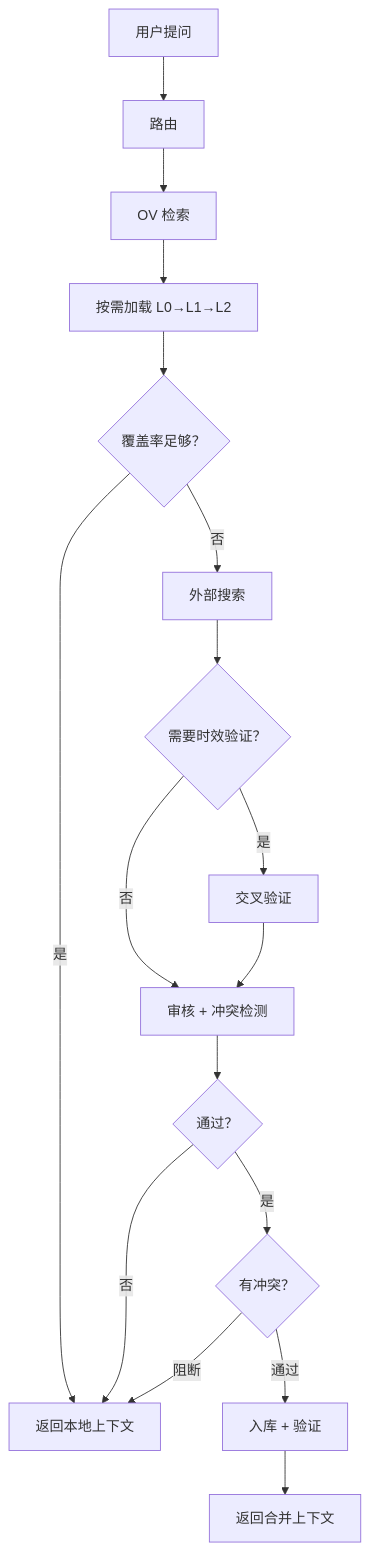
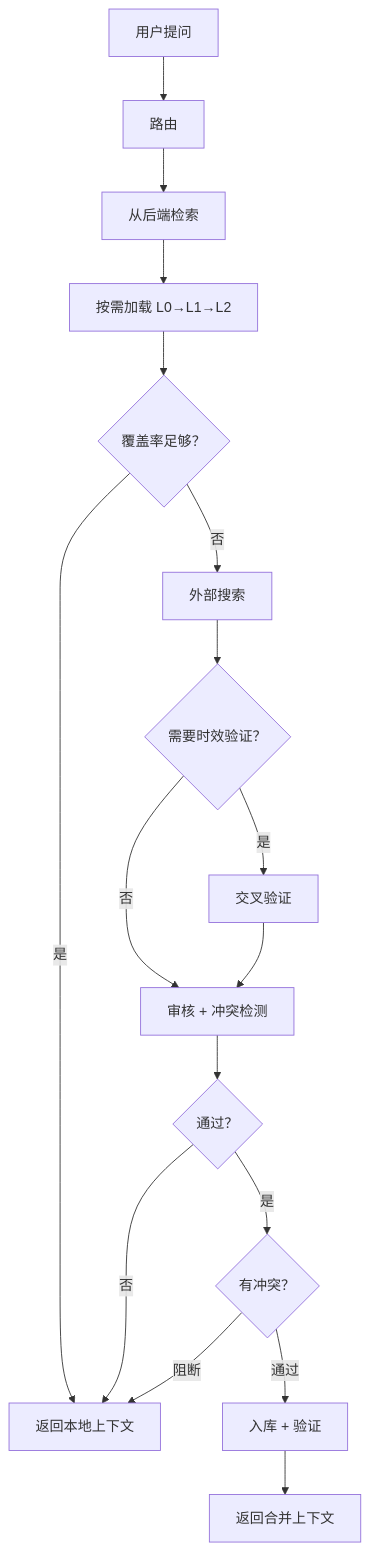
Before and after one commit to ponsde/OpenViking_Curator: the diagram in README_CN.md, drawn with Mermaid. The commit also changed other lines of this file and 2 other files, not shown here.

````diff
--- a/README_CN.md
+++ b/README_CN.md
@@ -12,19 +12,19 @@
 ```mermaid
 flowchart TD
     Q[用户提问] --> R[路由]
-    R --> OV[OV 检索]
+    R --> OV[从后端检索]
     OV --> L[按需加载 L0→L1→L2]
     L --> COV{覆盖率足够？}
     COV -- 是 --> OUT1[返回本地上下文]
     COV -- 否 --> EXT[外部搜索]
     EXT --> F{需要时效验证？}
     F -- 是 --> CV[交叉验证]
     F -- 否 --> J
     CV --> J[审核 + 冲突检测]
     J --> P{通过？}
     P -- 否 --> OUT1
     P -- 是 --> C{有冲突？}
     C -- 阻断 --> OUT1
     C -- 通过 --> ING[入库 + 验证]
     ING --> OUT2[返回合并上下文]
 ```
````
